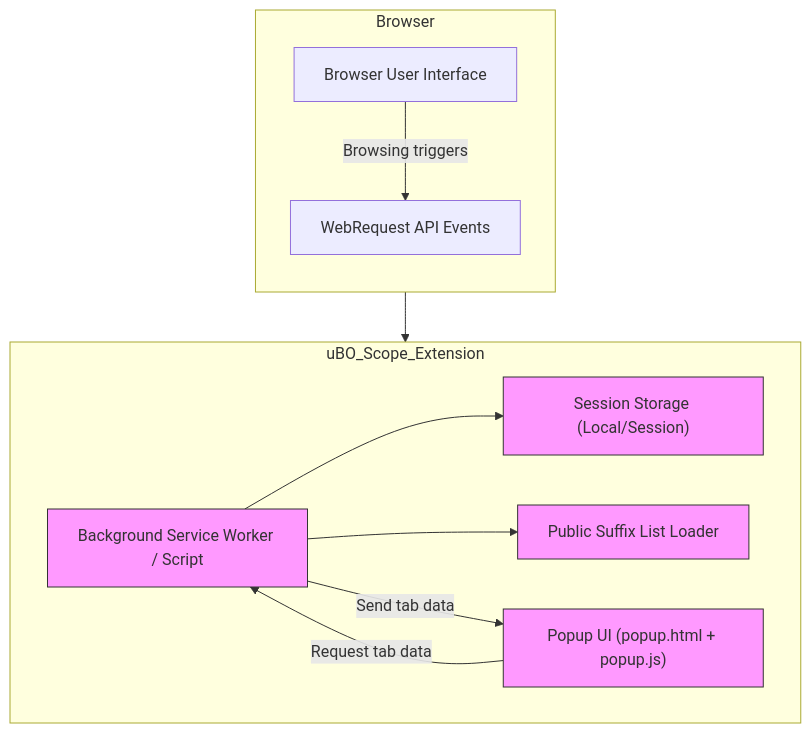
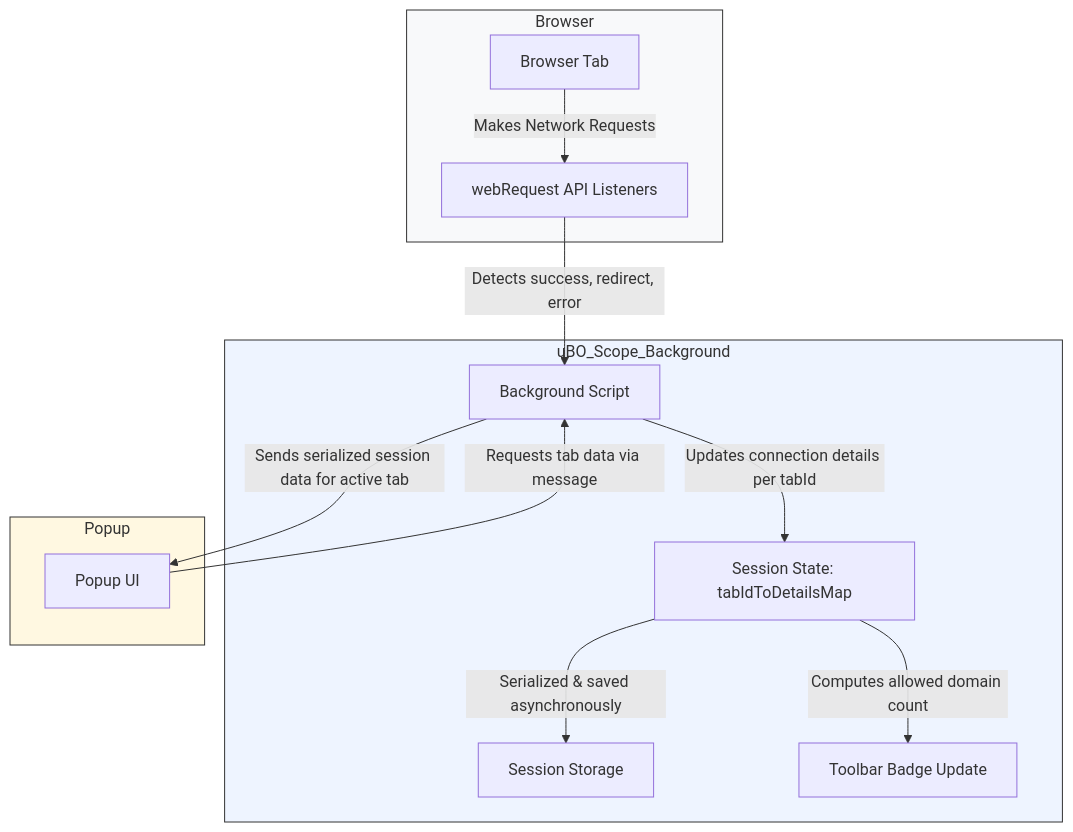
Before and after one commit to clidey/docucod-public-project-adf15a81-508f-4f0d-9083-12549e1f66a0: the diagram in overview/core-concepts-architecture/architecture-overview.mdx, drawn with Mermaid. The commit also changed other lines of this file and 19 other files, not shown here.

````diff
--- a/overview/core-concepts-architecture/architecture-overview.mdx
+++ b/overview/core-concepts-architecture/architecture-overview.mdx
@@ -75,26 +83,28 @@
 ```mermaid
 flowchart TD
-  subgraph Browser
-    direction TB
-    User[Browser User Interface]
-    WebRequestEvents[WebRequest API Events]
-  end
+    subgraph Browser
+        TAB["Browser Tab"]
+        WEBREQUEST["webRequest API Listeners"]
+    end
+    subgraph uBO_Scope_Background
+        BG["Background Script"]
+        SESSION["Session State: tabIdToDetailsMap"]
+        STORAGE["Session Storage"]
+        BADGE["Toolbar Badge Update"]
+    end
+    subgraph Popup
+        UI["Popup UI"]
+    end
 
-  subgraph uBO_Scope_Extension
-    direction LR
-    BG["Background Service Worker / Script"]
-    PSL["Public Suffix List Loader"]
-    Storage["Session Storage (Local/Session)"]
-    Popup["Popup UI (popup.html + popup.js)"]
-  end
+    TAB -->|Makes Network Requests| WEBREQUEST
+    WEBREQUEST -->|Detects success, redirect, error| BG
+    BG -->|Updates connection details per tabId| SESSION
+    SESSION -->|Serialized & saved asynchronously| STORAGE
+    SESSION -->|Computes allowed domain count| BADGE
+    UI -->|Requests tab data via message| BG
+    BG -->|Sends serialized session data for active tab| UI
 
-  User -->|Browsing triggers| WebRequestEvents
-  WebRequestEvents --> BG
-  BG --> Storage
-  BG --> PSL
-  Popup -->|Request tab data| BG
-  BG -->|Send tab data| Popup
-
-  classDef ext fill:#f9f,stroke:#333,stroke-width:1px;
-  class BG,PSL,Storage,Popup ext;
+    style Browser fill:#f8f9fa,stroke:#333,stroke-width:1px
+    style uBO_Scope_Background fill:#eef4ff,stroke:#333,stroke-width:1px
+    style Popup fill:#fff8e1,stroke:#333,stroke-width:1px
 ```
````
